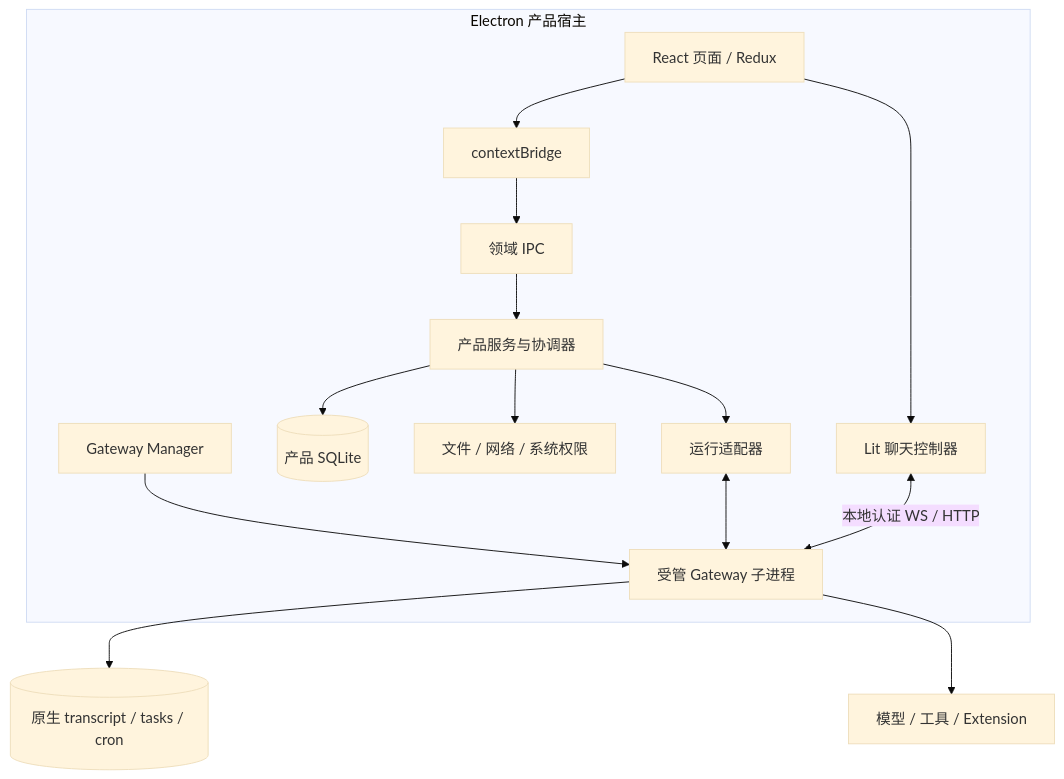
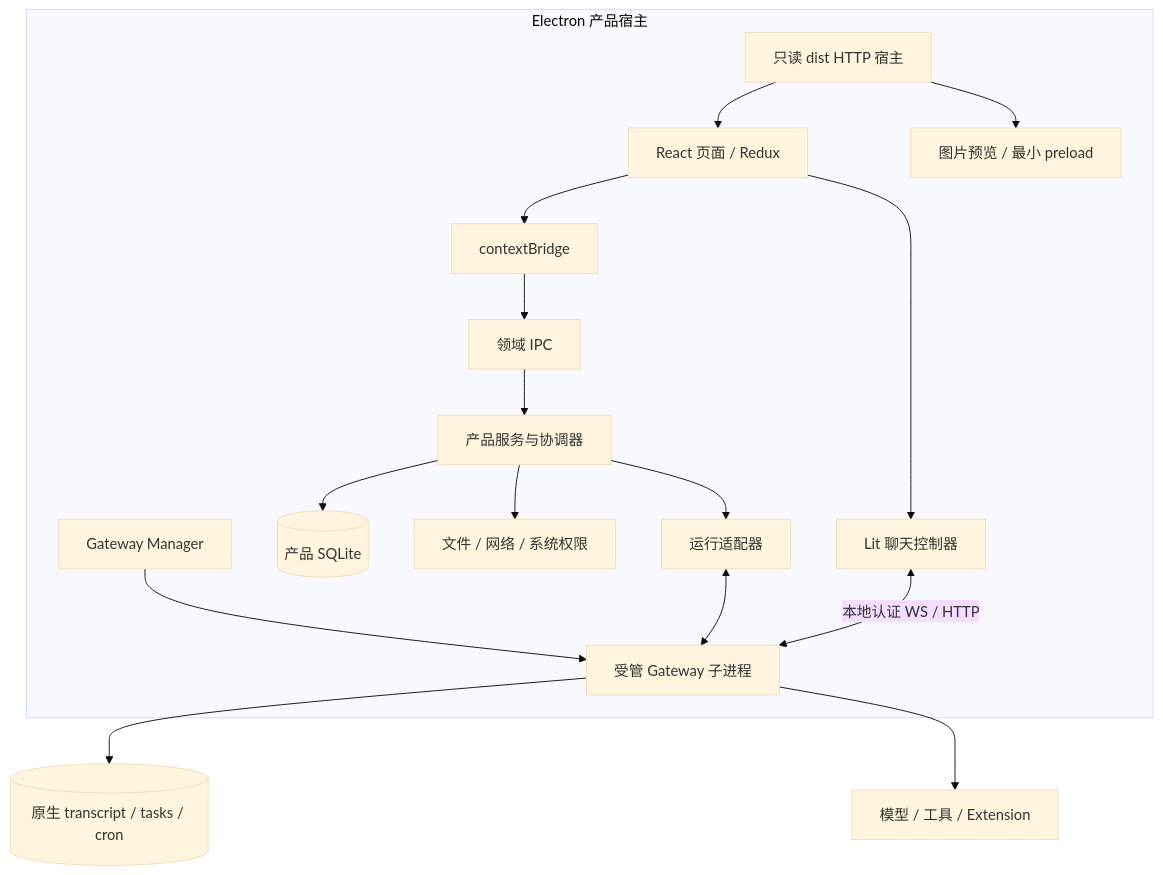
The first of 2 diagrams in docs/architecture/02-architecture.md (liangxhao/JustDo), drawn with Mermaid (base theme) before and after one commit. The commit also changed other lines of this file and 121 other files, not shown here.

````diff
--- a/docs/architecture/02-architecture.md
+++ b/docs/architecture/02-architecture.md
@@ -15,17 +17,19 @@
 ```mermaid
 flowchart TB
   subgraph Desktop[Electron 产品宿主]
+    Static[只读 dist HTTP 宿主] --> UI
+    Static --> Preview[图片预览 / 最小 preload]
     UI[React 页面 / Redux] --> Chat[Lit 聊天控制器]
     UI --> Preload[contextBridge]
     Preload --> IPC[领域 IPC]
     IPC --> Product[产品服务与协调器]
     Product --> DB[(产品 SQLite)]
     Product --> Policy[文件 / 网络 / 系统权限]
     Product --> Adapter[运行适配器]
     Manager[Gateway Manager] --> Process[受管 Gateway 子进程]
     Adapter <--> Process
   end
   Chat <-->|本地认证 WS / HTTP| Process
   Process --> Native[(原生 transcript / tasks / cron)]
   Process --> Runtime[模型 / 工具 / Extension]
 ```
````
